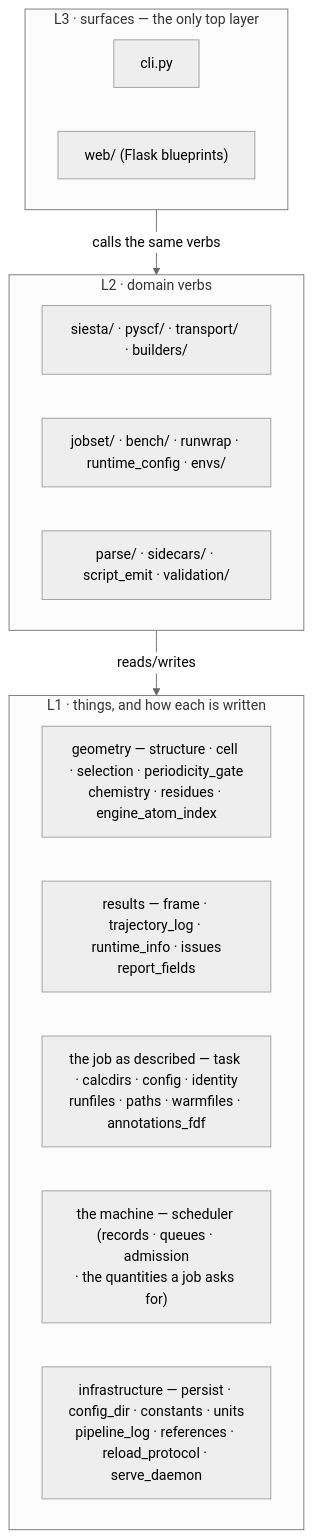
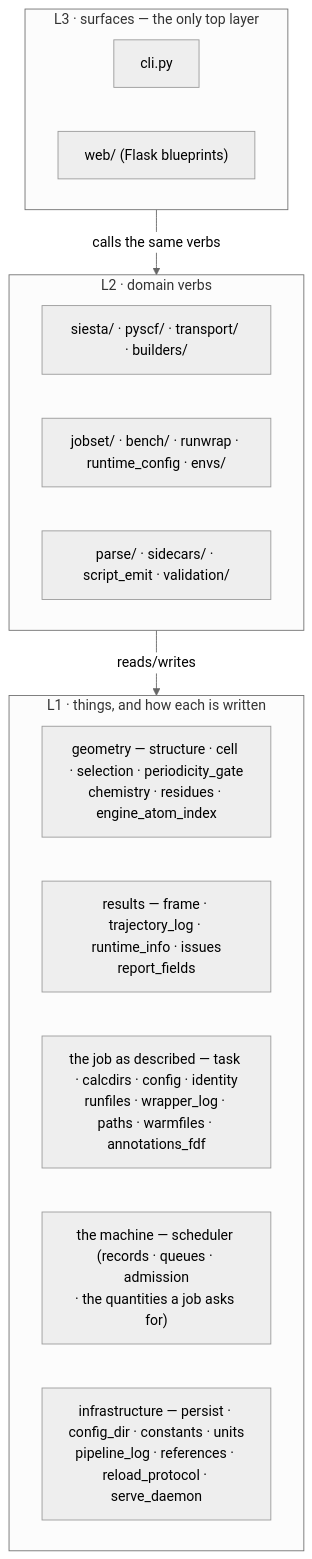
One commit to Qing-LAB/molbuilder changed the diagram in docs/architecture.md. Above: the diagram before and after it, drawn with Mermaid (neutral theme). The commit also changed other lines of this file and 10 other files, not shown here.

````diff
--- a/docs/architecture.md
+++ b/docs/architecture.md
@@ -89,21 +89,21 @@
 ```mermaid
 flowchart TB
   subgraph L3["L3 · surfaces — the only top layer"]
     CLI["cli.py"]
     WEB["web/ (Flask blueprints)"]
   end
   subgraph L2["L2 · domain verbs"]
     ENG["siesta/ · pyscf/ · transport/ · builders/"]
     EXE["jobset/ · bench/ · runwrap · runtime_config · envs/"]
     RW["parse/ · sidecars/ · script_emit · validation/"]
   end
   subgraph L1["L1 · things, and how each is written"]
     GEO["geometry — structure · cell · selection · periodicity_gate<br/>chemistry · residues · engine_atom_index"]
     RES["results — frame · trajectory_log · runtime_info · issues<br/>report_fields"]
-    JOB["the job as described — task · calcdirs · config · identity<br/>runfiles · paths · warmfiles · annotations_fdf"]
+    JOB["the job as described — task · calcdirs · config · identity<br/>runfiles · wrapper_log · paths · warmfiles · annotations_fdf"]
     MACH["the machine — scheduler (records · queues · admission<br/>· the quantities a job asks for)"]
     INF["infrastructure — persist · config_dir · constants · units<br/>pipeline_log · references · reload_protocol · serve_daemon"]
   end
   L3 -->|calls the same verbs| L2
   L2 -->|reads/writes| L1
 ```
````
